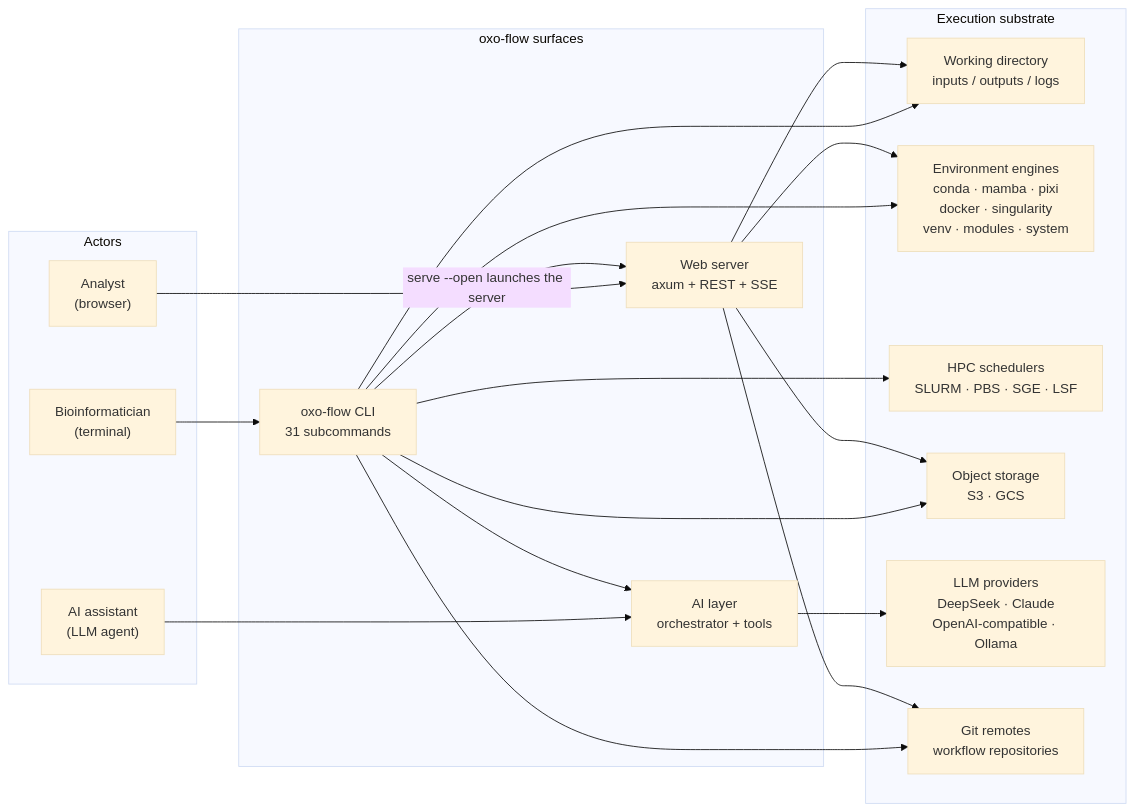
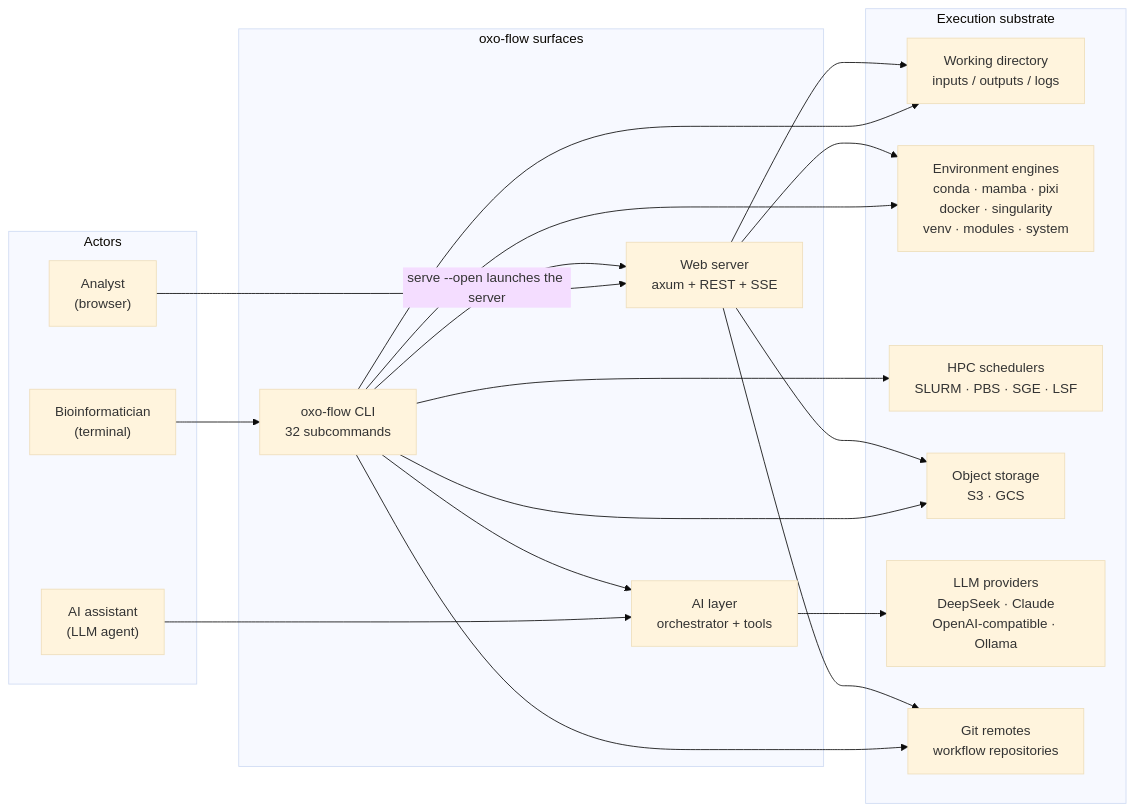
The first of 12 diagrams in docs/guide/src/reference/architecture.md (Traitome/oxo-flow), drawn with Mermaid (base theme) before and after one commit. The commit also changed other lines of this file and 12 other files, not shown here.

````diff
--- a/docs/guide/src/reference/architecture.md
+++ b/docs/guide/src/reference/architecture.md
@@ -49,40 +49,40 @@
 ```mermaid
 flowchart LR
     subgraph actors["Actors"]
         bio["Bioinformatician<br/>(terminal)"]
         webuser["Analyst<br/>(browser)"]
         agent["AI assistant<br/>(LLM agent)"]
     end
 
     subgraph surfaces["oxo-flow surfaces"]
-        cli["oxo-flow CLI<br/>31 subcommands"]
+        cli["oxo-flow CLI<br/>32 subcommands"]
         web["Web server<br/>axum + REST + SSE"]
         ai["AI layer<br/>orchestrator + tools"]
     end
 
     subgraph world["Execution substrate"]
         fs["Working directory<br/>inputs / outputs / logs"]
         env["Environment engines<br/>conda · mamba · pixi<br/>docker · singularity<br/>venv · modules · system"]
         hpc["HPC schedulers<br/>SLURM · PBS · SGE · LSF"]
         obj["Object storage<br/>S3 · GCS"]
         llm["LLM providers<br/>DeepSeek · Claude<br/>OpenAI-compatible · Ollama"]
         git["Git remotes<br/>workflow repositories"]
     end
 
     bio --> cli
     webuser --> web
     cli -- "serve --open launches the server" --> web
     agent --> ai
     cli --> ai
 
     cli --> fs
     web --> fs
     cli --> env
     web --> env
     cli --> hpc
     cli --> obj
     web --> obj
     cli --> git
     web --> git
     ai --> llm
 ```
````
